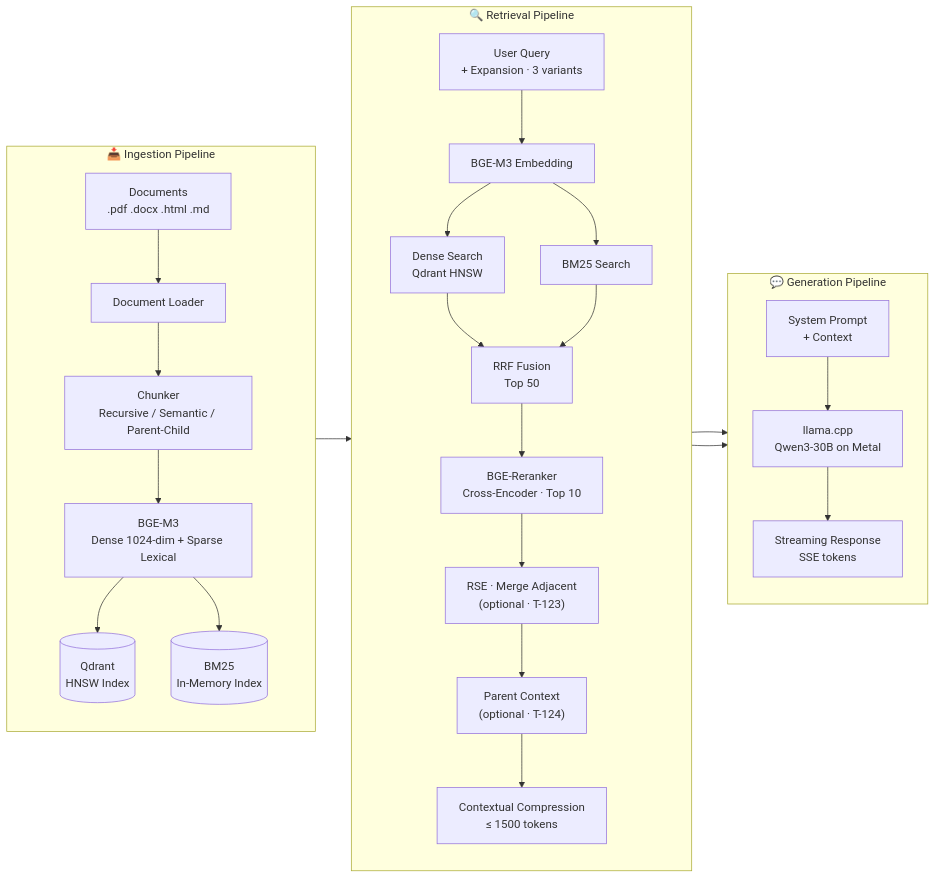
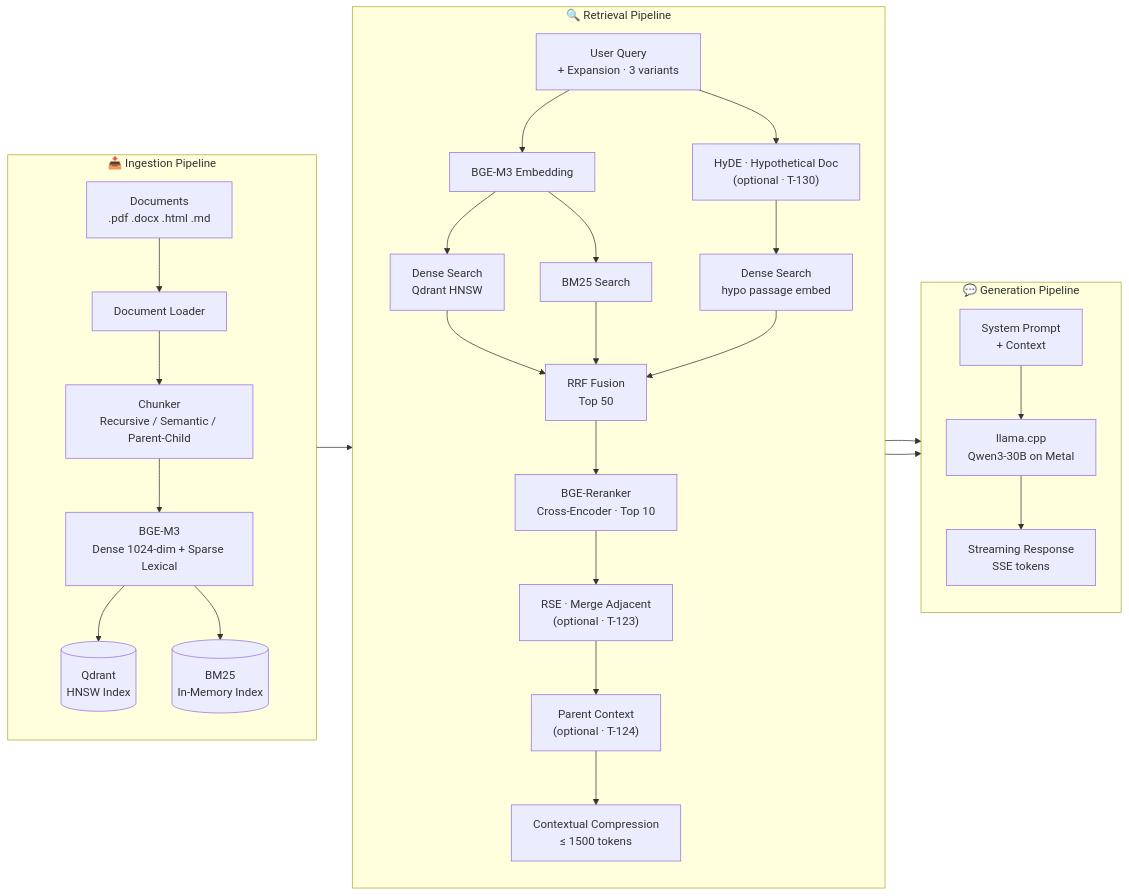
The first of 10 diagrams in README.md (ealbertoav/rag_platform), drawn with Mermaid before and after one commit. The commit also changed other lines of this file and 13 other files, not shown here.

````diff
--- a/README.md
+++ b/README.md
@@ -44,34 +44,37 @@
 ```mermaid
 flowchart LR
     subgraph INGEST["📥 Ingestion Pipeline"]
         direction TB
         D["Documents<br/>.pdf .docx .html .md"] --> L[Document Loader]
         L --> C["Chunker<br/>Recursive / Semantic / Parent-Child"]
         C --> E["BGE-M3<br/>Dense 1024-dim + Sparse Lexical"]
         E --> Q[("Qdrant<br/>HNSW Index")]
         E --> B[("BM25<br/>In-Memory Index")]
     end
 
     subgraph RETRIEVE["🔍 Retrieval Pipeline"]
         direction TB
         QX["User Query<br/>+ Expansion · 3 variants"] --> EM[BGE-M3 Embedding]
+        QX --> HYDE["HyDE · Hypothetical Doc<br/>(optional · T-130)"]
+        HYDE --> DS2["Dense Search<br/>hypo passage embed"]
         EM --> DS["Dense Search<br/>Qdrant HNSW"]
         EM --> BS[BM25 Search]
         DS --> RF["RRF Fusion<br/>Top 50"]
+        DS2 --> RF
         BS --> RF
         RF --> RR["BGE-Reranker<br/>Cross-Encoder · Top 10"]
         RR --> RSE["RSE · Merge Adjacent<br/>(optional · T-123)"]
         RSE --> PC["Parent Context<br/>(optional · T-124)"]
         PC --> CC["Contextual Compression<br/>≤ 1500 tokens"]
     end
 
     subgraph GENERATE["💬 Generation Pipeline"]
         direction TB
         CC --> PR["System Prompt<br/>+ Context"]
         PR --> LLM["llama.cpp<br/>Qwen3-30B on Metal"]
         LLM --> SSE["Streaming Response<br/>SSE tokens"]
     end
 
     INGEST --> RETRIEVE
     RETRIEVE --> GENERATE
 ```
````
